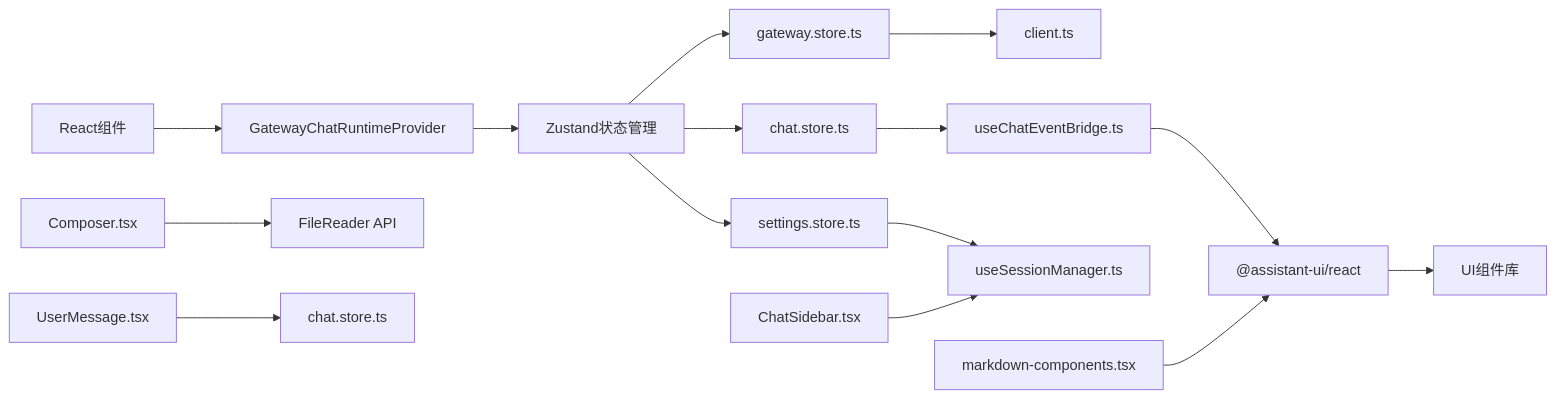
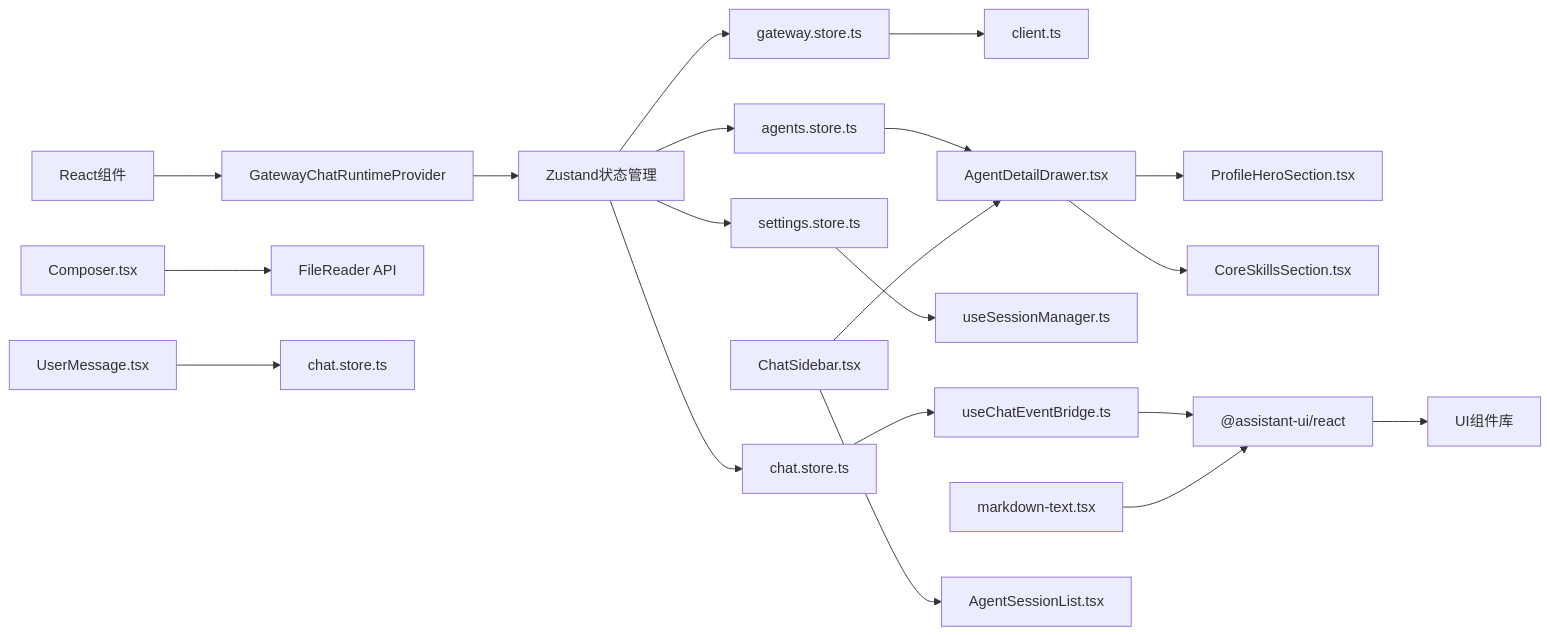
One commit to verse-ai-org/openclaw changed diagram 17 of 17 in .qoder/repowiki/zh/content/Web界面/WebChat界面/WebChat界面.md. Above: the diagram before and after it, drawn with Mermaid. The commit also changed other lines of this file and 55 other files, not shown here.

````diff
--- a/.qoder/repowiki/zh/content/Web界面/WebChat界面/WebChat界面.md
+++ b/.qoder/repowiki/zh/content/Web界面/WebChat界面/WebChat界面.md
@@ -507,17 +694,22 @@
 ```mermaid
 graph LR
 React_Components["React组件"] --> Runtime["GatewayChatRuntimeProvider"]
 Runtime --> Zustand["Zustand状态管理"]
 Zustand --> GatewayStore["gateway.store.ts"]
 Zustand --> ChatStore["chat.store.ts"]
 Zustand --> SettingsStore["settings.store.ts"]
+Zustand --> AgentsStore["agents.store.ts"]
 GatewayStore --> Client["client.ts"]
 ChatStore --> Events["useChatEventBridge.ts"]
 SettingsStore --> SessionManager["useSessionManager.ts"]
+AgentsStore --> AgentDetailDrawer["AgentDetailDrawer.tsx"]
+AgentDetailDrawer --> ProfileHero["ProfileHeroSection.tsx"]
+AgentDetailDrawer --> CoreSkills["CoreSkillsSection.tsx"]
 Events --> AssistantUI["@assistant-ui/react"]
 AssistantUI --> Components["UI组件库"]
-MarkdownComponents["markdown-components.tsx"] --> AssistantUI
-ChatSidebar["ChatSidebar.tsx"] --> SessionManager
+MarkdownComponents["markdown-text.tsx"] --> AssistantUI
+ChatSidebar["ChatSidebar.tsx"] --> AgentDetailDrawer
+ChatSidebar --> AgentSessionList["AgentSessionList.tsx"]
 Composer["Composer.tsx"] --> FileReader["FileReader API"]
 UserMessage["UserMessage.tsx"] --> ZustandStore["chat.store.ts"]
 ```
````
